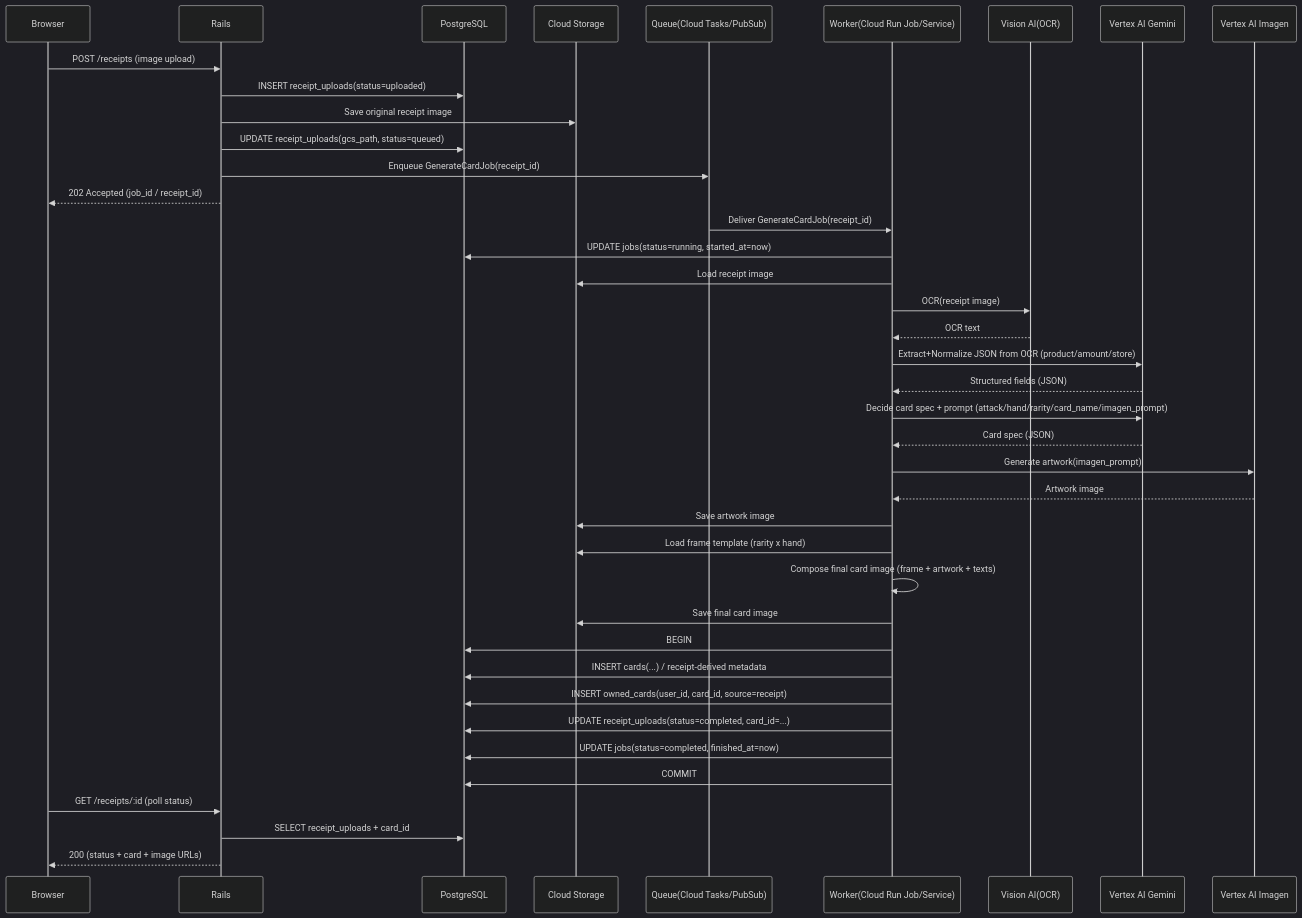
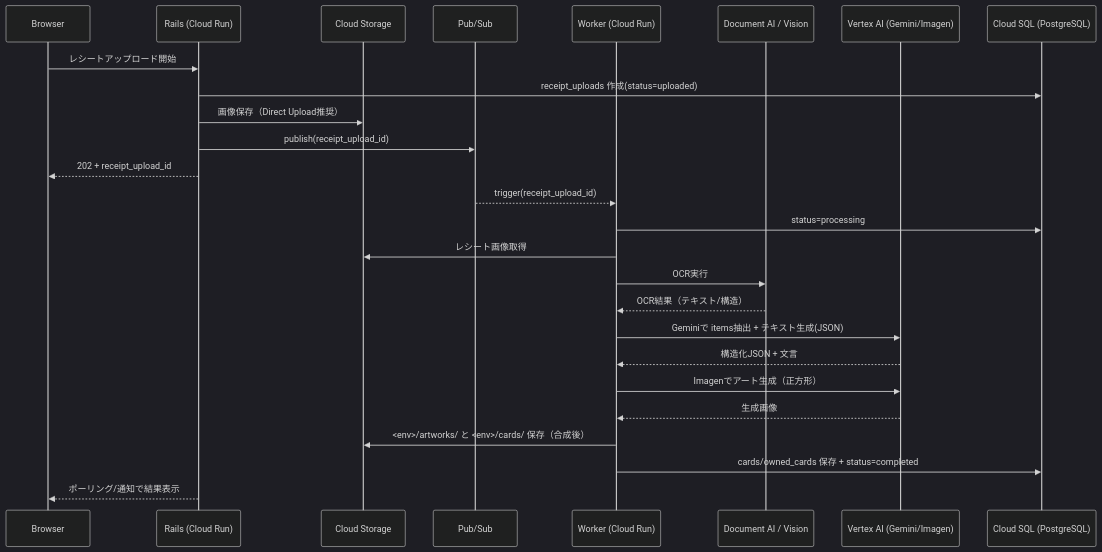
Before and after one commit to whitedoor/kami-treasure-battle: the fifth of 6 diagrams in docs/architecture.md, drawn with Mermaid (dark theme). The commit also changed other lines of this file and 1 other file, not shown here.

Commit message:
画像生成のアーキテクチャ検討

````diff
--- a/docs/architecture.md
+++ b/docs/architecture.md
@@ -108,50 +129,30 @@
 ```mermaid
 sequenceDiagram
   participant Web as Browser
-  participant Rails as Rails
-  participant DB as PostgreSQL
+  participant Rails as Rails (Cloud Run)
   participant GCS as Cloud Storage
-  participant Q as Queue(Cloud Tasks/PubSub)
-  participant W as Worker(Cloud Run Job/Service)
-  participant Vision as Vision AI(OCR)
-  participant Gemini as Vertex AI Gemini
-  participant Imagen as Vertex AI Imagen
+  participant PS as Pub/Sub
+  participant W as Worker (Cloud Run)
+  participant OCR as Document AI / Vision
+  participant VAI as Vertex AI (Gemini/Imagen)
+  participant DB as Cloud SQL (PostgreSQL)
 
-  Web->>Rails: POST /receipts (image upload)
-  Rails->>DB: INSERT receipt_uploads(status=uploaded)
-  Rails->>GCS: Save original receipt image
-  Rails->>DB: UPDATE receipt_uploads(gcs_path, status=queued)
-  Rails->>Q: Enqueue GenerateCardJob(receipt_id)
-  Rails-->>Web: 202 Accepted (job_id / receipt_id)
+  Web->>Rails: レシートアップロード開始
+  Rails->>DB: receipt_uploads 作成(status=uploaded)
+  Rails->>GCS: 画像保存（Direct Upload推奨）
+  Rails->>PS: publish(receipt_upload_id)
+  Rails-->>Web: 202 + receipt_upload_id
 
-  Q->>W: Deliver GenerateCardJob(receipt_id)
-  W->>DB: UPDATE jobs(status=running, started_at=now)
-  W->>GCS: Load receipt image
-  W->>Vision: OCR(receipt image)
-  Vision-->>W: OCR text
-
-  W->>Gemini: Extract+Normalize JSON from OCR (product/amount/store)
-  Gemini-->>W: Structured fields (JSON)
-
-  W->>Gemini: Decide card spec + prompt (attack/hand/rarity/card_name/imagen_prompt)
-  Gemini-->>W: Card spec (JSON)
-
-  W->>Imagen: Generate artwork(imagen_prompt)
-  Imagen-->>W: Artwork image
-  W->>GCS: Save artwork image
-
-  W->>GCS: Load frame template (rarity x hand)
-  W->>W: Compose final card image (frame + artwork + texts)
-  W->>GCS: Save final card image
-
-  W->>DB: BEGIN
-  W->>DB: INSERT cards(...) / receipt-derived metadata
-  W->>DB: INSERT owned_cards(user_id, card_id, source=receipt)
-  W->>DB: UPDATE receipt_uploads(status=completed, card_id=...)
-  W->>DB: UPDATE jobs(status=completed, finished_at=now)
-  W->>DB: COMMIT
-
-  Web->>Rails: GET /receipts/:id (poll status)
-  Rails->>DB: SELECT receipt_uploads + card_id
-  Rails-->>Web: 200 (status + card + image URLs)
+  PS-->>W: trigger(receipt_upload_id)
+  W->>DB: status=processing
+  W->>GCS: レシート画像取得
+  W->>OCR: OCR実行
+  OCR-->>W: OCR結果（テキスト/構造）
+  W->>VAI: Geminiで items抽出 + テキスト生成(JSON)
+  VAI-->>W: 構造化JSON + 文言
+  W->>VAI: Imagenでアート生成（正方形）
+  VAI-->>W: 生成画像
+  W->>GCS: <env>/artworks/ と <env>/cards/ 保存（合成後）
+  W->>DB: cards/owned_cards 保存 + status=completed
+  Rails-->>Web: ポーリング/通知で結果表示
 ```
````
